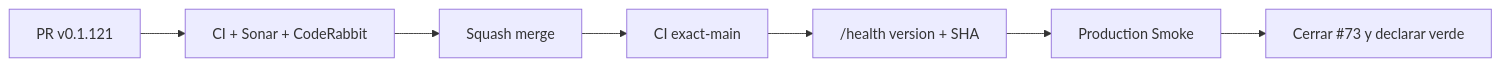
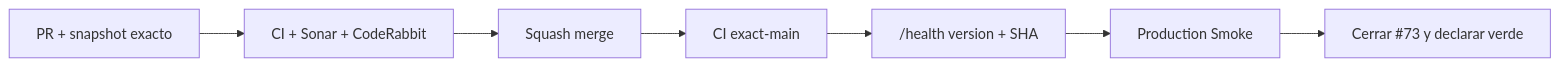
Before and after one commit to pl0n3r/GrindFlow: the diagram in README.md, drawn with Mermaid. The commit also changed other lines of this file and 3 other files, not shown here.

````diff
--- a/README.md
+++ b/README.md
@@ -47,9 +47,9 @@
 ```mermaid
 flowchart LR
- A["PR v0.1.121"] --> C["CI + Sonar + CodeRabbit"]
+ A["PR + snapshot exacto"] --> C["CI + Sonar + CodeRabbit"]
  C --> M["Squash merge"]
  M --> X["CI exact-main"]
  X --> H["/health version + SHA"]
  H --> S["Production Smoke"]
  S --> G["Cerrar #73 y declarar verde"]
 ```
````
